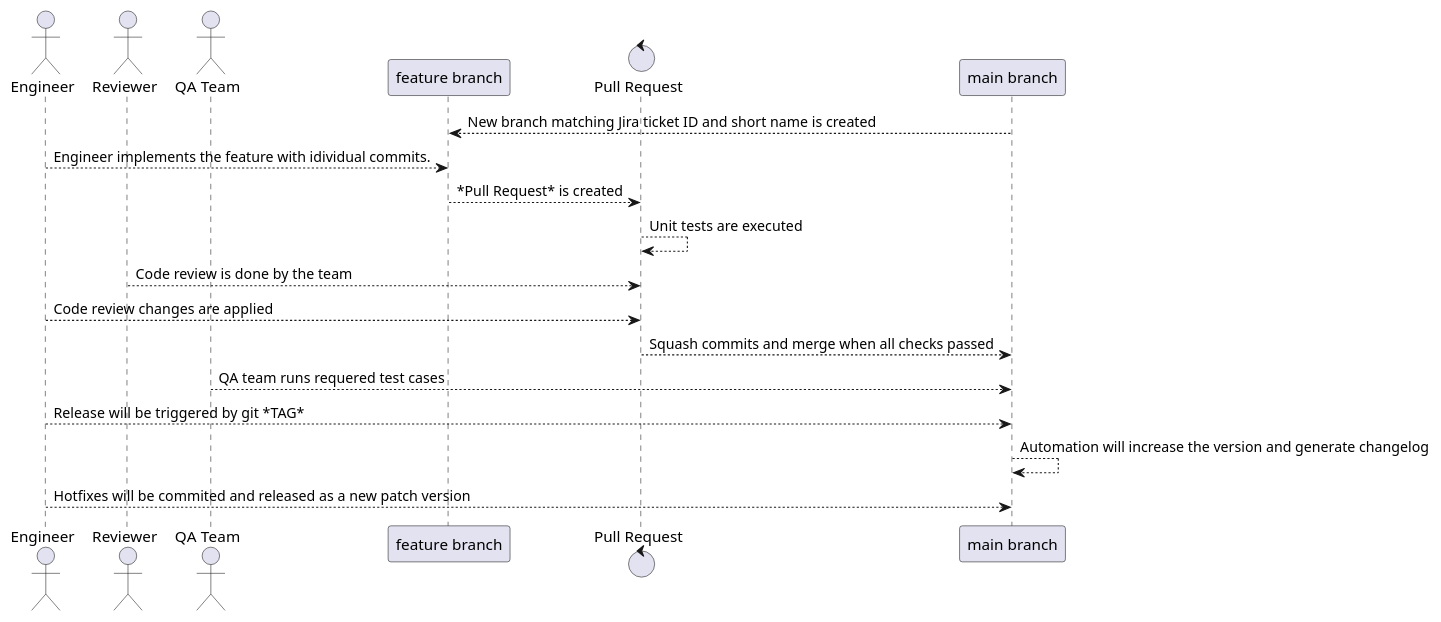
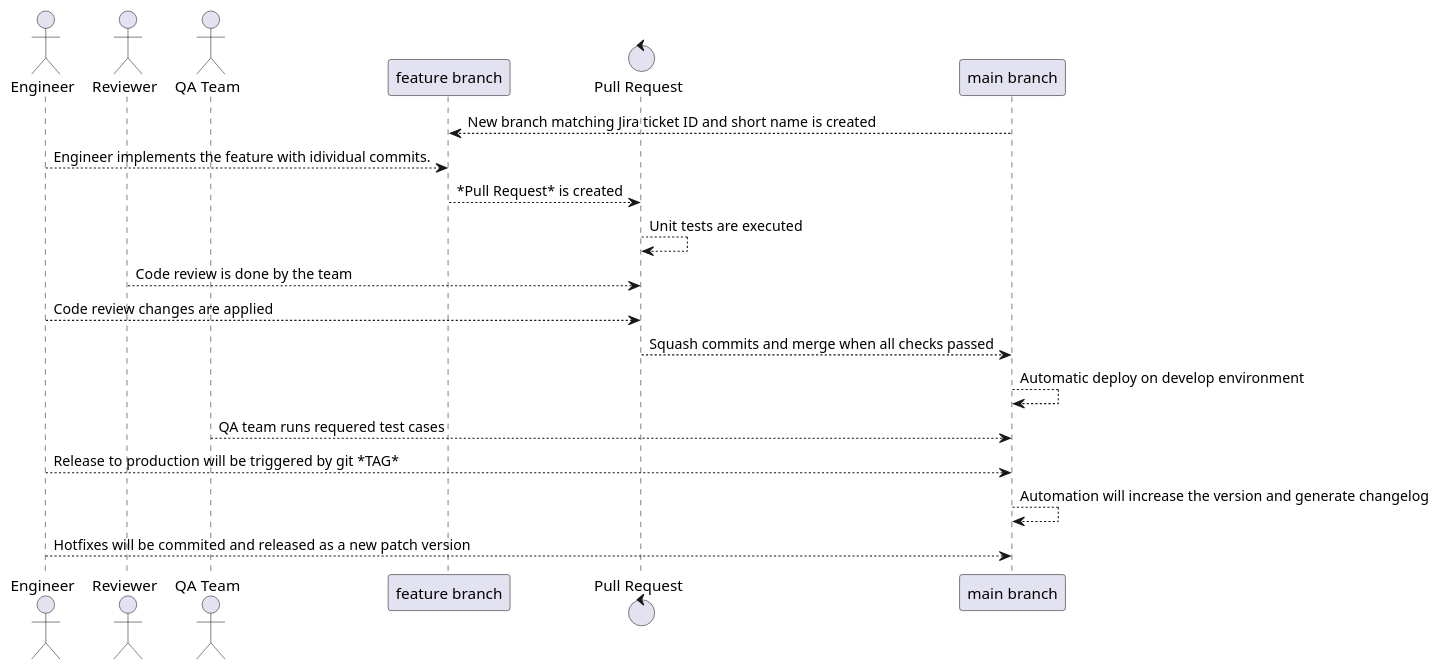
One commit to mangata-finance/diagrams changed the second of 2 diagrams in README.md. Above: the diagram before and after it, drawn with PlantUML.

Commit message:
Adding step to FE flow.

````diff
--- a/README.md
+++ b/README.md
@@ -45,24 +45,25 @@
 ```plantuml:fe-workflow-and-release
 @startuml
 
 actor       "Engineer"       as dev
 actor       "Reviewer"       as review
 actor       "QA Team"       as qa
 participant "feature branch" as feature
 control "Pull Request" as pr
 participant "main branch" as main
 
 main --> feature: New branch matching Jira ticket ID and short name is created
 dev --> feature: Engineer implements the feature with idividual commits.
 feature --> pr: *Pull Request* is created
 pr --> pr: Unit tests are executed
 review --> pr: Code review is done by the team
 dev --> pr: Code review changes are applied
 pr --> main: Squash commits and merge when all checks passed
+main --> main: Automatic deploy on develop environment
 qa --> main: QA team runs requered test cases
-dev --> main: Release will be triggered by git *TAG*
+dev --> main: Release to production will be triggered by git *TAG*
 main --> main: Automation will increase the version and generate changelog
 dev --> main: Hotfixes will be commited and released as a new patch version
 
 @enduml
 ```
````
